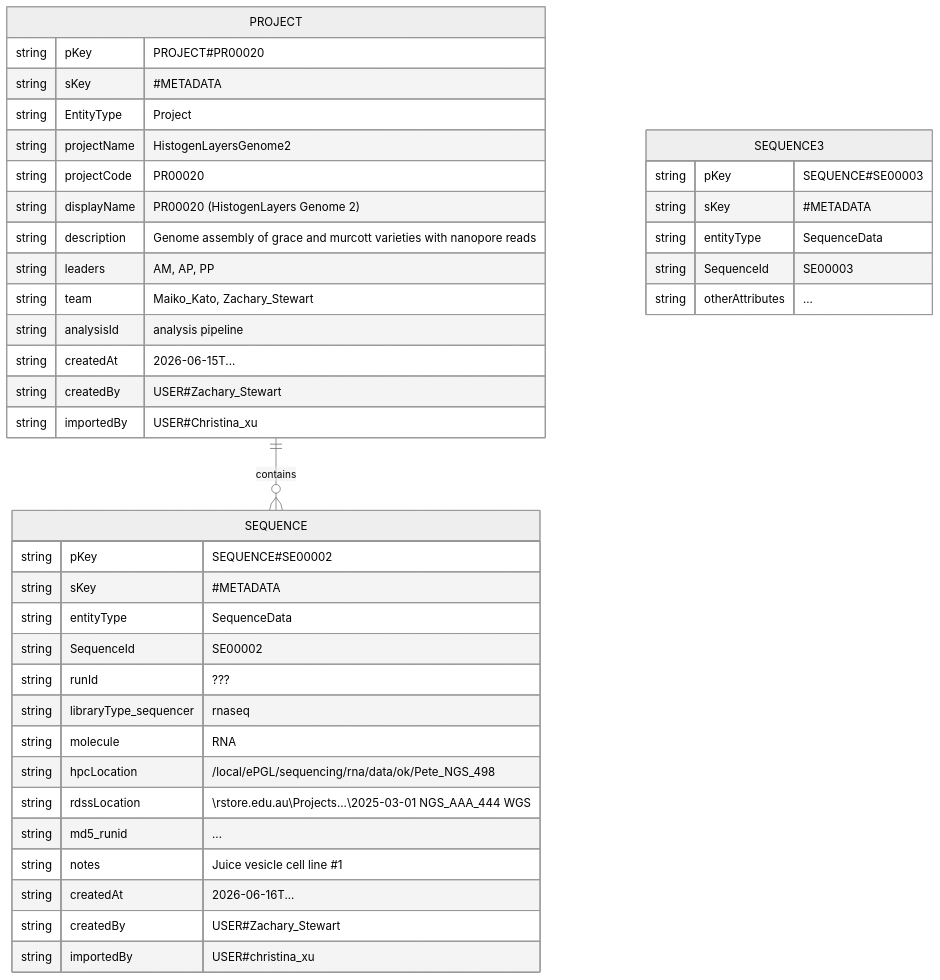
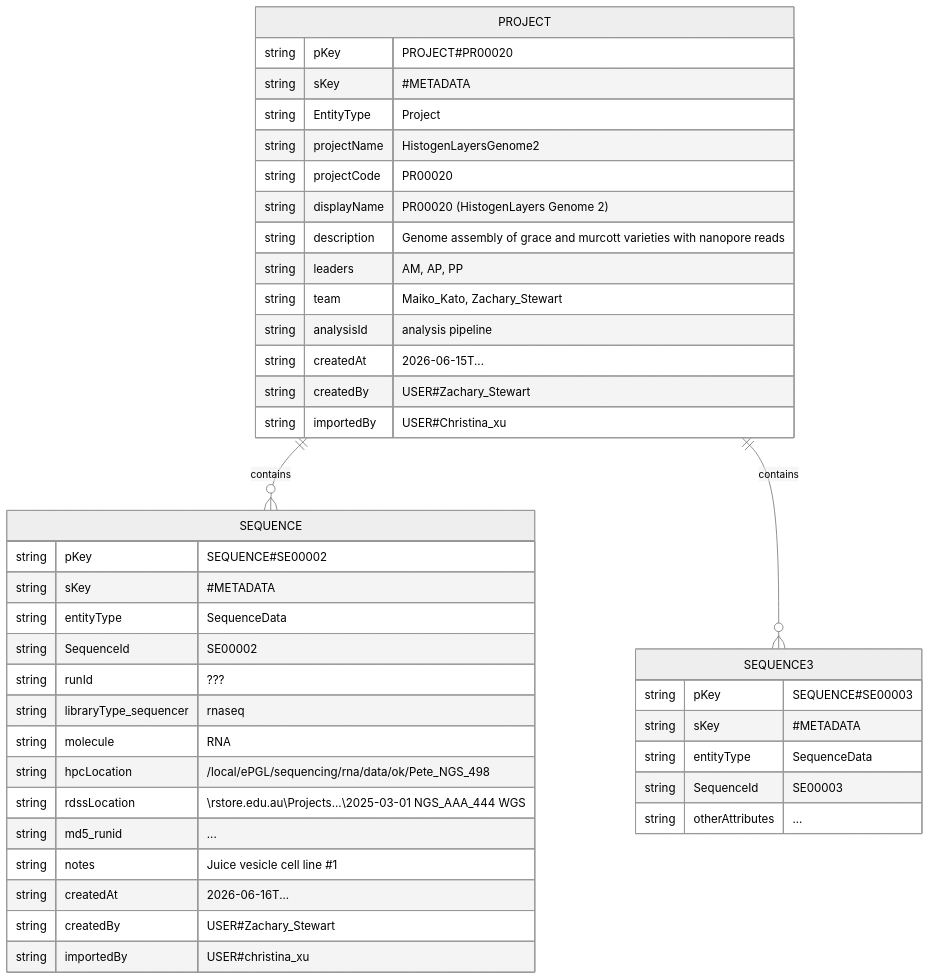
One commit to prentis-lab/SampleDashbord changed the diagram in DB/project.md. Above: the diagram before and after it, drawn with Mermaid (neutral theme).

````diff
--- a/DB/project.md
+++ b/DB/project.md
@@ -32,45 +32,46 @@
 ```mermaid
 erDiagram
     PROJECT ||--o{ SEQUENCE : "contains"
+    PROJECT ||--o{ SEQUENCE3 : "contains"
 
     PROJECT {
         string pKey "PROJECT#PR00020"
         string sKey "#METADATA"
         string EntityType "Project"
         string projectName "HistogenLayersGenome2"
         string projectCode "PR00020"
         string displayName "PR00020 (HistogenLayers Genome 2)"
         string description "Genome assembly of grace and murcott varieties with nanopore reads"
         string leaders "AM, AP, PP"
         string team "Maiko_Kato, Zachary_Stewart"
         string analysisId "analysis pipeline"
         string createdAt "2026-06-15T..."
         string createdBy "USER#Zachary_Stewart"
         string importedBy "USER#Christina_xu"
     }
 
     SEQUENCE {
         string pKey "SEQUENCE#SE00002"
         string sKey "#METADATA"
         string entityType "SequenceData"
         string SequenceId "SE00002"
         string runId "???"
         string libraryType_sequencer "rnaseq"
         string molecule "RNA"
         string hpcLocation "/local/ePGL/sequencing/rna/data/ok/Pete_NGS_498"
         string rdssLocation "\\rstore.edu.au\Projects\...\2025-03-01 NGS_AAA_444 WGS"
         string md5_runid "..."
         string notes "Juice vesicle cell line #1"
         string createdAt "2026-06-16T..."
         string createdBy "USER#Zachary_Stewart"
         string importedBy "USER#christina_xu"
     }
 
     SEQUENCE3 {
         string pKey "SEQUENCE#SE00003"
         string sKey "#METADATA"
         string entityType "SequenceData"
         string SequenceId "SE00003"
         string otherAttributes "..."
     }
 ```
````
